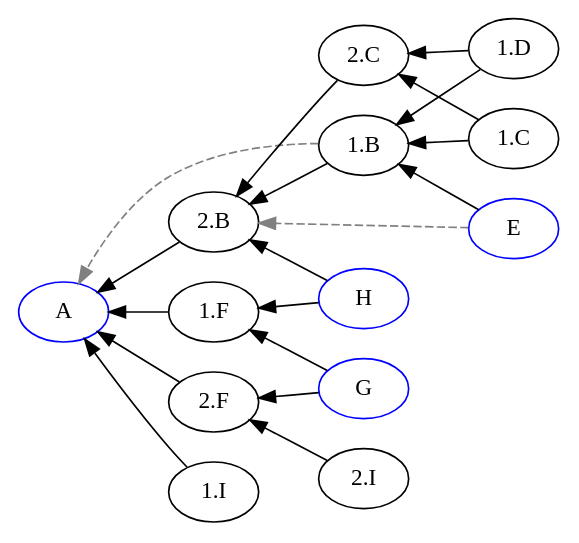
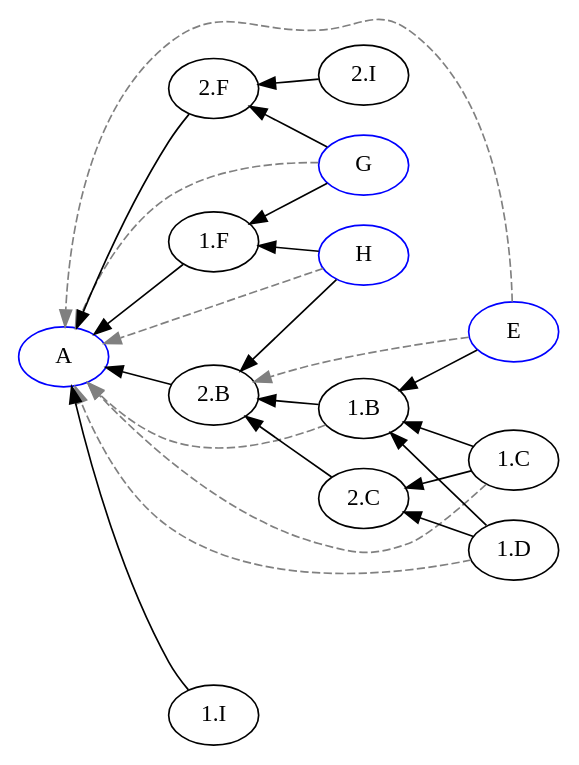
The diagram in example/output/abstract/abstract.dot (EulerProject/EulerX), drawn with Graphviz before and after one commit. The commit also changed 9 other files, not shown here.

```diff
--- a/example/output/abstract/abstract.dot
+++ b/example/output/abstract/abstract.dot
@@ -1,27 +1,32 @@
 digraph {
 
 rankdir = RL
 
 "A" [color=blue];
 "E" [color=blue];
 "G" [color=blue];
 "H" [color=blue];
 "1.C" -> "1.B" [style=filled, color=black];
 "1.D" -> "1.B" [style=filled, color=black];
 "2.C" -> "2.B" [style=filled, color=black];
 "2.I" -> "2.F" [style=filled, color=black];
 "1.B" -> "2.B" [style=filled, color=black];
 "1.C" -> "2.C" [style=filled, color=black];
 "1.D" -> "2.C" [style=filled, color=black];
+"2.B" -> "A" [style=filled, color=black];
+"2.F" -> "A" [style=filled, color=black];
 "1.F" -> "A" [style=filled, color=black];
 "1.I" -> "A" [style=filled, color=black];
-"2.B" -> "A" [style=filled, color=black];
-"2.F" -> "A" [style=filled, color=black];
 "E" -> "1.B" [style=filled, color=black];
 "G" -> "1.F" [style=filled, color=black];
 "G" -> "2.F" [style=filled, color=black];
 "H" -> "1.F" [style=filled, color=black];
 "H" -> "2.B" [style=filled, color=black];
+"1.C" -> "A" [style=dashed, color=grey];
+"1.D" -> "A" [style=dashed, color=grey];
 "1.B" -> "A" [style=dashed, color=grey];
 "E" -> "2.B" [style=dashed, color=grey];
+"E" -> "A" [style=dashed, color=grey];
+"G" -> "A" [style=dashed, color=grey];
+"H" -> "A" [style=dashed, color=grey];
 }
```
